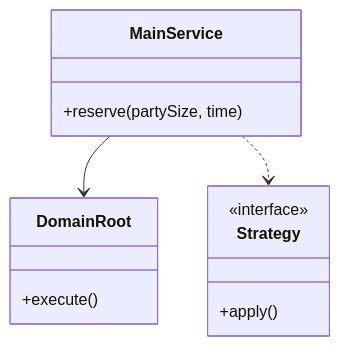
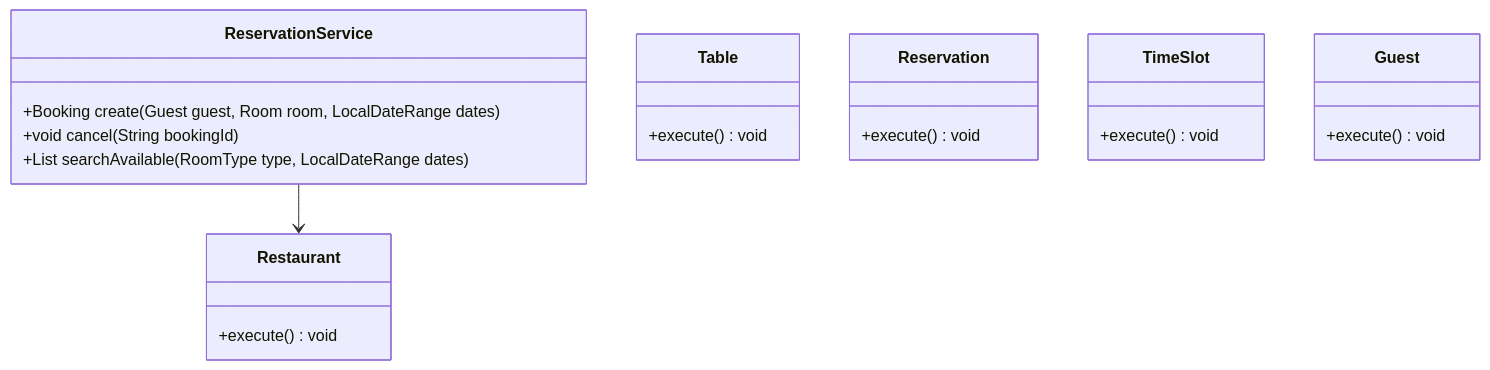
Before and after one commit to madhupaila/Interview-Prep-SSE: the first of 3 diagrams in Learn/System Design - Low Level Design/02-classic-ood/questions/Q51-table-reservation.md, drawn with Mermaid. The commit also changed other lines of this file and 491 other files, not shown here.

````diff
--- a/Learn/System Design - Low Level Design/02-classic-ood/questions/Q51-table-reservation.md
+++ b/Learn/System Design - Low Level Design/02-classic-ood/questions/Q51-table-reservation.md
@@ -74,15 +92,24 @@
 ```mermaid
 classDiagram
-    class MainService {
-        +reserve(partySize, time)
+    class ReservationService {
+        +Booking create(Guest guest, Room room, LocalDateRange dates)
+        +void cancel(String bookingId)
+        +List<Room> searchAvailable(RoomType type, LocalDateRange dates)
     }
-    class DomainRoot {
-        +execute()
+    class Restaurant {
+        +execute() void
     }
-    class Strategy {
-        <<interface>>
-        +apply()
+    class Table {
+        +execute() void
     }
-    MainService --> DomainRoot
-    MainService ..> Strategy
+    class Reservation {
+        +execute() void
+    }
+    class TimeSlot {
+        +execute() void
+    }
+    class Guest {
+        +execute() void
+    }
+    ReservationService --> Restaurant
 ```
````
